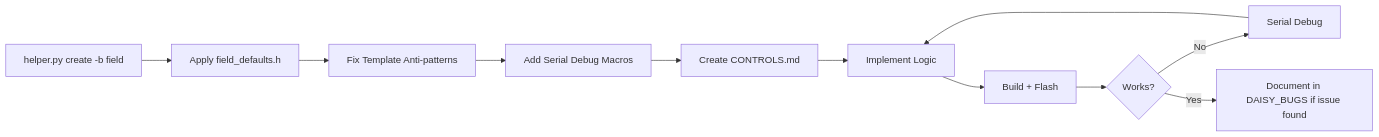
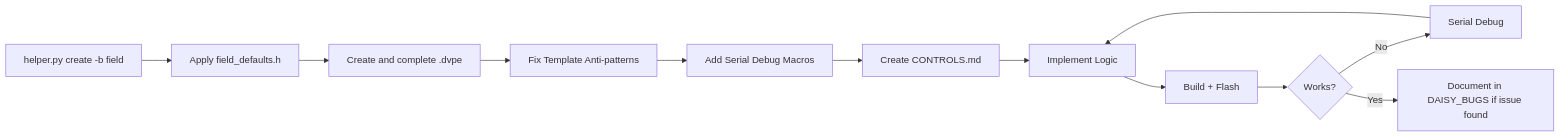
One commit to Denys/DaisyExamples changed the diagram in DAISY_QAE/DAISY_TECHNICAL_REPORT.md. Above: the diagram before and after it, drawn with Mermaid. The commit also changed other lines of this file and 97 other files, not shown here.

````diff
--- a/DAISY_QAE/DAISY_TECHNICAL_REPORT.md
+++ b/DAISY_QAE/DAISY_TECHNICAL_REPORT.md
@@ -465,13 +485,14 @@
 ```mermaid
 flowchart LR
     A[helper.py create -b field] --> B[Apply field_defaults.h]
-    B --> C[Fix Template Anti-patterns]
-    C --> D[Add Serial Debug Macros]
-    D --> E[Create CONTROLS.md]
-    E --> F[Implement Logic]
-    F --> G[Build + Flash]
-    G --> H{Works?}
-    H -->|No| I[Serial Debug]
-    I --> F
-    H -->|Yes| J[Document in DAISY_BUGS if issue found]
+    B --> C[Create and complete .dvpe]
+    C --> D[Fix Template Anti-patterns]
+    D --> E[Add Serial Debug Macros]
+    E --> F[Create CONTROLS.md]
+    F --> G[Implement Logic]
+    G --> H[Build + Flash]
+    H --> I{Works?}
+    I -->|No| J[Serial Debug]
+    J --> G
+    I -->|Yes| K[Document in DAISY_BUGS if issue found]
 ```
````
